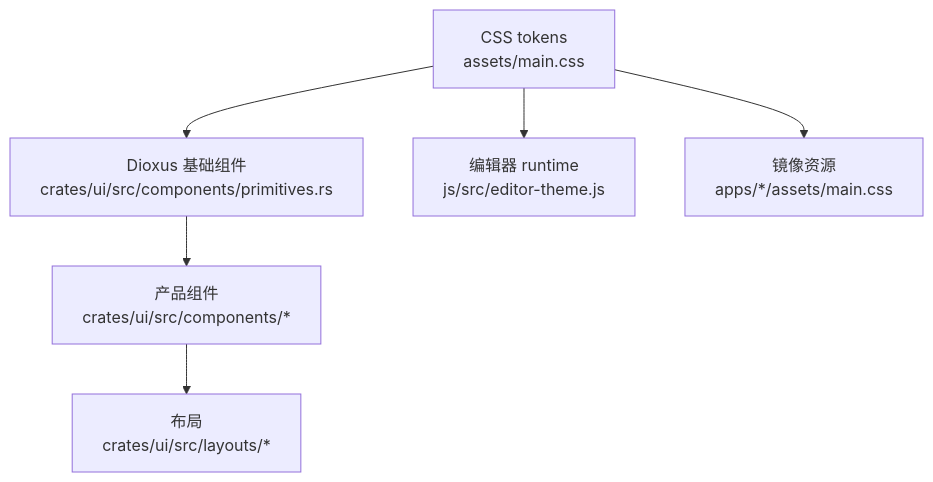
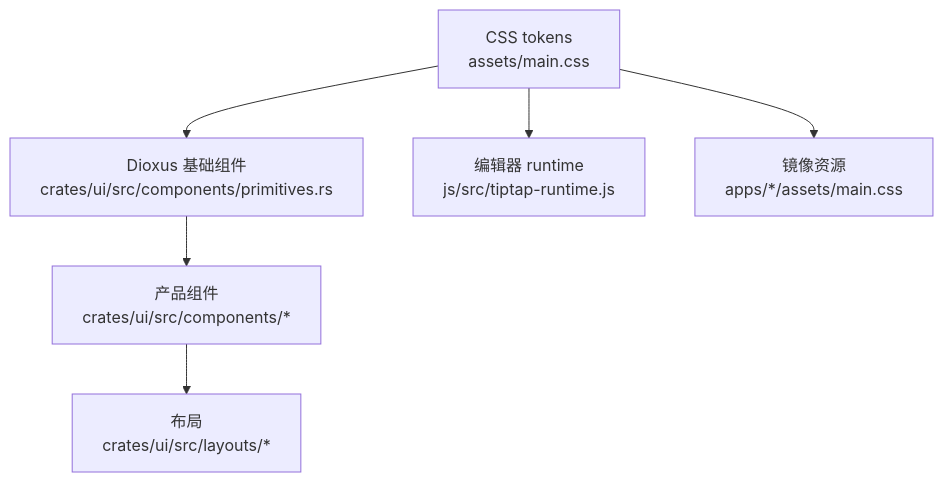
The diagram in docs/zh-CN/ui-architecture.md (Youzi2233/papyro), drawn with Mermaid before and after one commit. The commit also changed other lines of this file and 19 other files, not shown here.

Commit message:
docs(editor): update tiptap runtime guidance

````diff
--- a/docs/zh-CN/ui-architecture.md
+++ b/docs/zh-CN/ui-architecture.md
@@ -9,15 +9,15 @@
 ```mermaid
 flowchart TD
     tokens["CSS tokens<br/>assets/main.css"]
     primitives["Dioxus 基础组件<br/>crates/ui/src/components/primitives.rs"]
     product["产品组件<br/>crates/ui/src/components/*"]
     layouts["布局<br/>crates/ui/src/layouts/*"]
-    editorjs["编辑器 runtime<br/>js/src/editor-theme.js"]
+    editorjs["编辑器 runtime<br/>js/src/tiptap-runtime.js"]
     appassets["镜像资源<br/>apps/*/assets/main.css"]
 
     tokens --> primitives
     primitives --> product
     product --> layouts
     tokens --> editorjs
     tokens --> appassets
 ```
````
